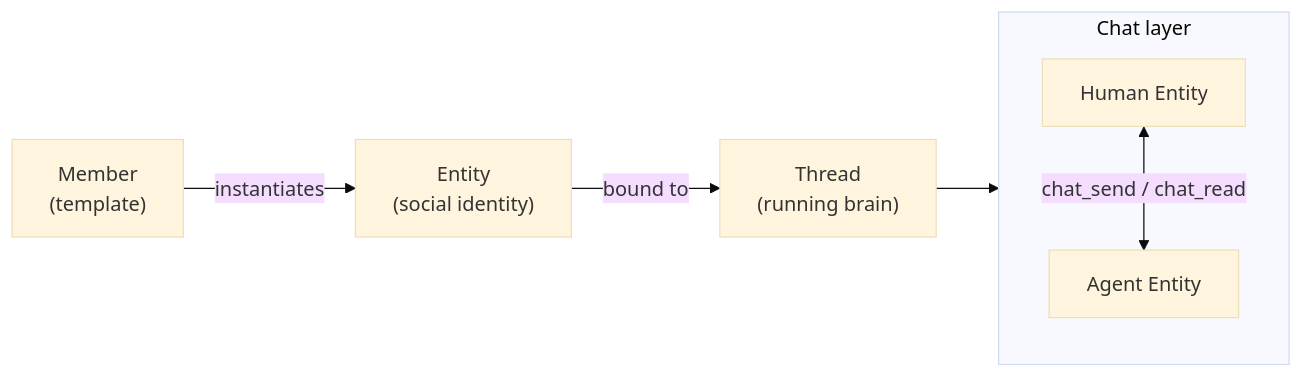
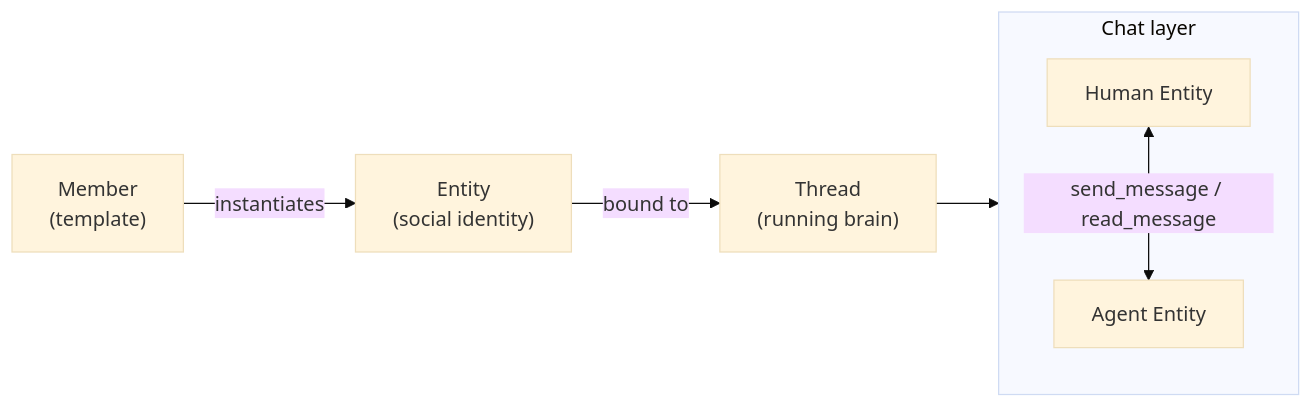
The first of 2 diagrams in docs/en/multi-agent-chat.mdx (OpenDCAI/Mycel), drawn with Mermaid (base theme) before and after one commit. The commit also changed other lines of this file and 28 other files, not shown here.

````diff
--- a/docs/en/multi-agent-chat.mdx
+++ b/docs/en/multi-agent-chat.mdx
@@ -13,14 +13,14 @@
 ```mermaid
 flowchart LR
     M["Member\n(template)"] -->|instantiates| E["Entity\n(social identity)"]
     E -->|bound to| T["Thread\n(running brain)"]
 
     subgraph Chat["Chat layer"]
         direction TB
         HE["Human Entity"]
         AE["Agent Entity"]
-        HE <-->|"chat_send / chat_read"| AE
+        HE <-->|"send_message / read_message"| AE
     end
 
     T --> Chat
 ```
````
